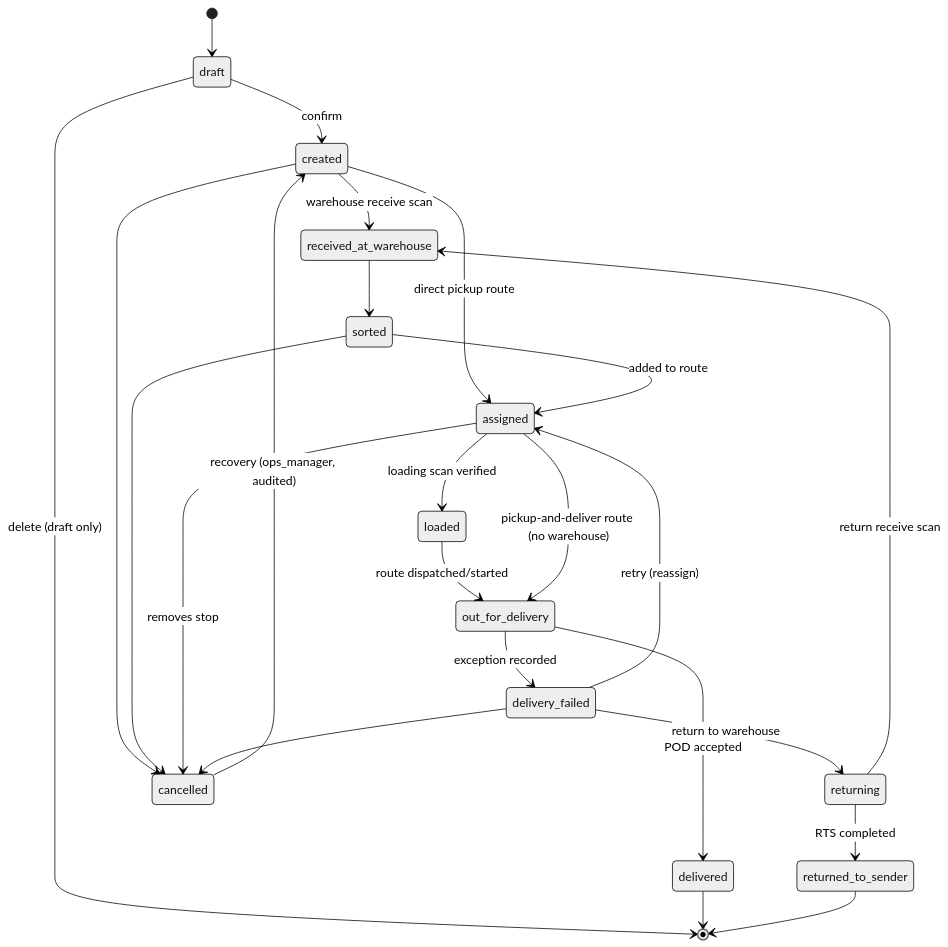
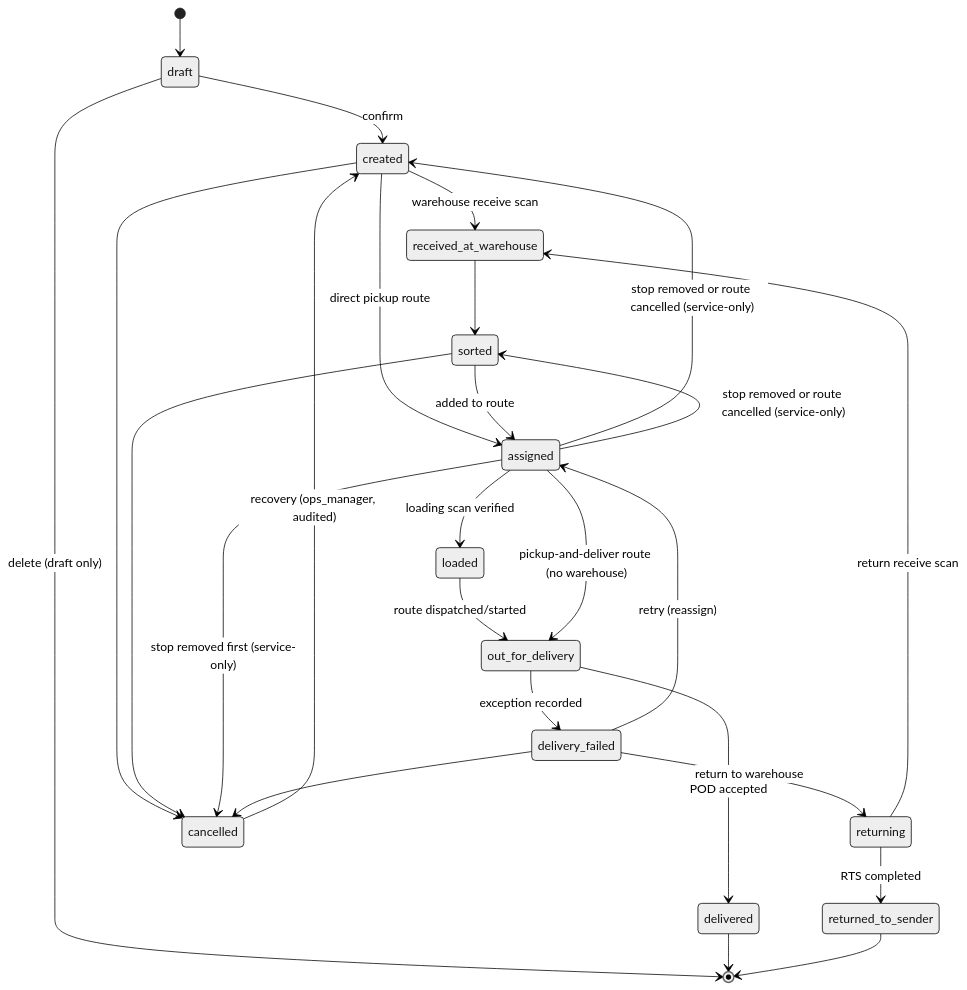
Before and after one commit to MohammadFarhan1408/fleetflow-api: the third of 3 diagrams in architecture.md, drawn with Mermaid (neutral theme). The commit also changed other lines of this file and 34 other files, not shown here.

````diff
--- a/architecture.md
+++ b/architecture.md
@@ -261,26 +266,28 @@
 ```mermaid
 stateDiagram-v2
   [*] --> draft
   draft --> created : confirm
   draft --> [*] : delete (draft only)
   created --> received_at_warehouse : warehouse receive scan
   created --> assigned : direct pickup route
   received_at_warehouse --> sorted
   sorted --> assigned : added to route
   assigned --> loaded : loading scan verified
   loaded --> out_for_delivery : route dispatched/started
   assigned --> out_for_delivery : pickup-and-deliver route (no warehouse)
   out_for_delivery --> delivered : POD accepted
   out_for_delivery --> delivery_failed : exception recorded
   delivery_failed --> assigned : retry (reassign)
   delivery_failed --> returning : return to warehouse
   returning --> received_at_warehouse : return receive scan
   returning --> returned_to_sender : RTS completed
   created --> cancelled
   sorted --> cancelled
-  assigned --> cancelled : removes stop
+  assigned --> cancelled : stop removed first (service-only)
+  assigned --> created : stop removed or route cancelled (service-only)
+  assigned --> sorted : stop removed or route cancelled (service-only)
   delivery_failed --> cancelled
   cancelled --> created : recovery (ops_manager, audited)
   delivered --> [*]
   returned_to_sender --> [*]
 ```
````
